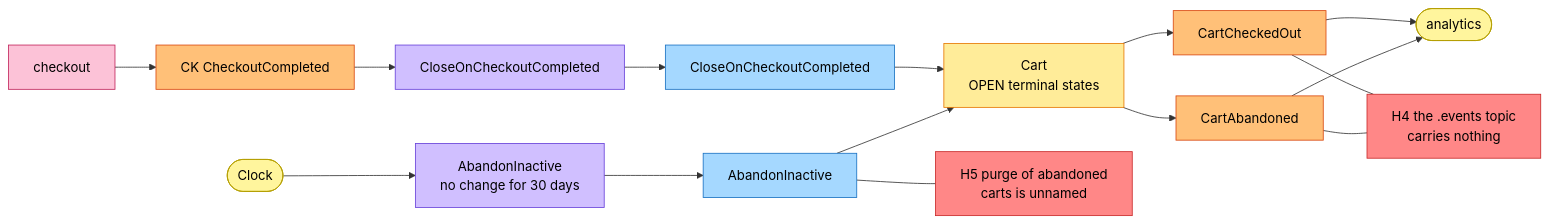
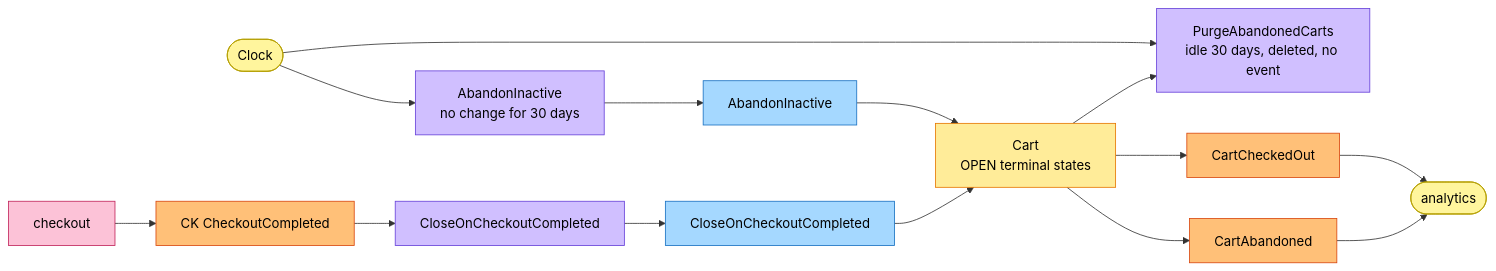
Before and after one commit to IQVO/warehouse-docs: the fourth of 4 diagrams in storefront/docs/contexts/shopping-cart/eventstorming.md, drawn with Mermaid. The commit also changed other lines of this file and 16 other files, not shown here.

````diff
--- a/storefront/docs/contexts/shopping-cart/eventstorming.md
+++ b/storefront/docs/contexts/shopping-cart/eventstorming.md
@@ -182,39 +185,36 @@
 ```mermaid
 flowchart LR
     T(["Clock"]):::actor
     CK["checkout"]:::external
     E6["CK CheckoutCompleted"]:::event
     P1["AbandonInactive<br/>no change for 30 days"]:::policy
     P2["CloseOnCheckoutCompleted"]:::policy
     C8["AbandonInactive"]:::command
     C9["CloseOnCheckoutCompleted"]:::command
     G1["Cart<br/>OPEN terminal states"]:::aggregate
     E7["CartAbandoned"]:::event
     E8["CartCheckedOut"]:::event
     AN(["analytics"]):::actor
-    H4["H4 the .events topic<br/>carries nothing"]:::hotspot
-    H5["H5 purge of abandoned<br/>carts is unnamed"]:::hotspot
+    P3["PurgeAbandonedCarts<br/>idle 30 days, deleted, no event"]:::policy
 
     T --> P1
     P1 --> C8
     E6 --> P2
     P2 --> C9
     C8 --> G1
     C9 --> G1
     CK --> E6
     G1 --> E7
     G1 --> E8
     E7 --> AN
     E8 --> AN
-    E7 --- H4
-    E8 --- H4
-    C8 --- H5
+    G1 --> P3
+    T --> P3
 
     classDef actor fill:#fff59d,stroke:#b59f00,color:#000
     classDef command fill:#a5d8ff,stroke:#1971c2,color:#000
     classDef aggregate fill:#ffec99,stroke:#e67700,color:#000
     classDef event fill:#ffc078,stroke:#d9480f,color:#000
     classDef policy fill:#d0bfff,stroke:#6741d9,color:#000
     classDef external fill:#fcc2d7,stroke:#c2255c,color:#000
-    classDef hotspot fill:#ff8787,stroke:#c92a2a,color:#000
 ```
````
